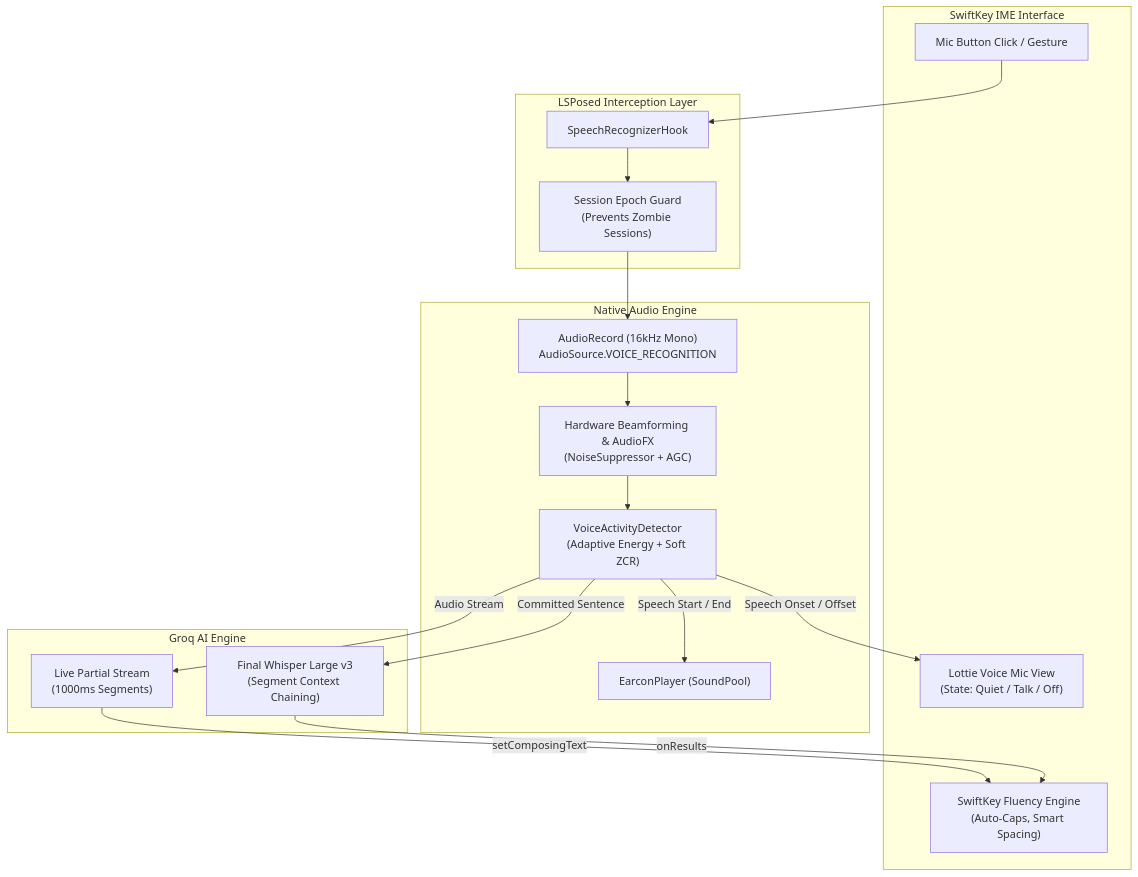
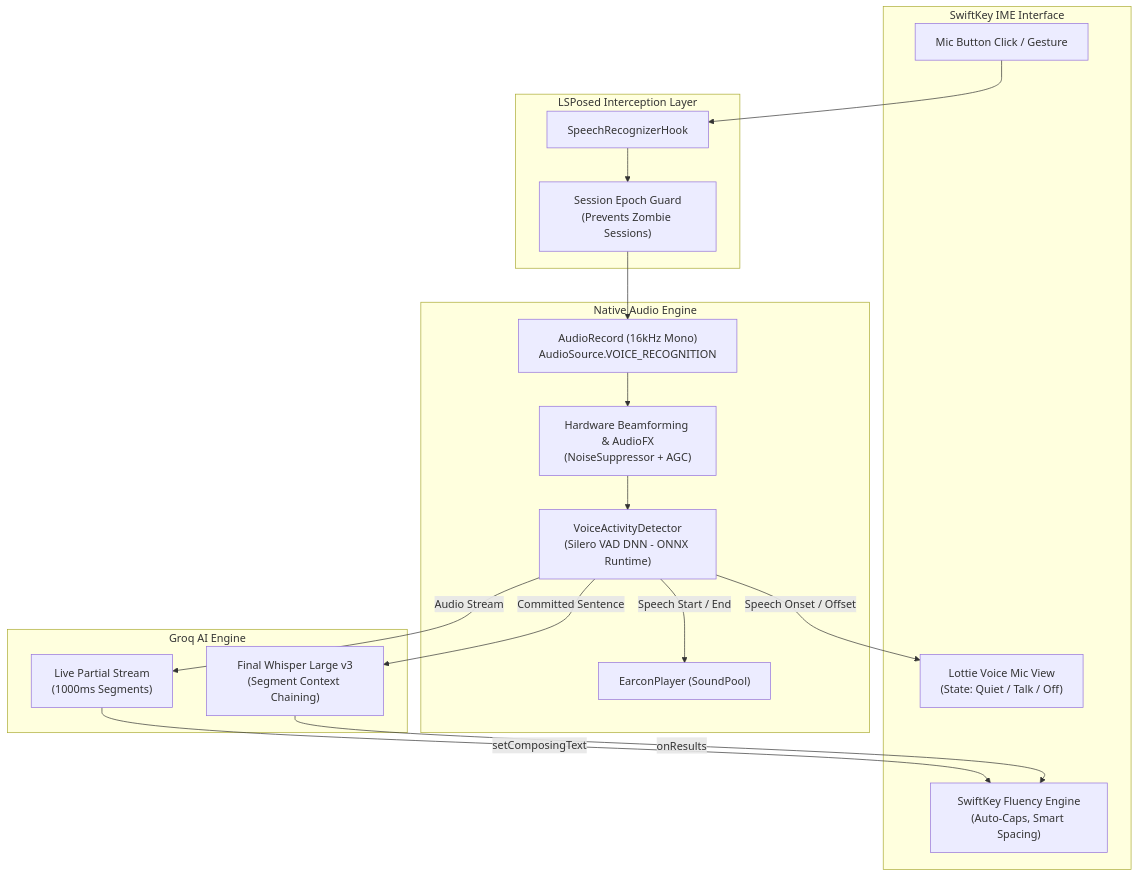
The diagram in README.md (MematiBas42/swiftkey-whisper), drawn with Mermaid before and after one commit. The commit also changed other lines of this file and 1 other file, not shown here.

````diff
--- a/README.md
+++ b/README.md
@@ -100,37 +100,37 @@
 ```mermaid
 flowchart TD
     subgraph UI ["SwiftKey IME Interface"]
         MicBtn["Mic Button Click / Gesture"]
         Lottie["Lottie Voice Mic View<br/>(State: Quiet / Talk / Off)"]
         Fluency["SwiftKey Fluency Engine<br/>(Auto-Caps, Smart Spacing)"]
     end
 
     subgraph Hook ["LSPosed Interception Layer"]
         SRH["SpeechRecognizerHook"]
         Epoch["Session Epoch Guard<br/>(Prevents Zombie Sessions)"]
     end
 
     subgraph AudioEngine ["Native Audio Engine"]
         AR["AudioRecord (16kHz Mono)<br/>AudioSource.VOICE_RECOGNITION"]
         DSP["Hardware Beamforming & AudioFX<br/>(NoiseSuppressor + AGC)"]
-        VAD["VoiceActivityDetector<br/>(Adaptive Energy + Soft ZCR)"]
+        VAD["VoiceActivityDetector<br/>(Silero VAD DNN - ONNX Runtime)"]
         Earcon["EarconPlayer (SoundPool)"]
     end
 
     subgraph Cloud ["Groq AI Engine"]
         WhisperPartial["Live Partial Stream<br/>(1000ms Segments)"]
         WhisperFinal["Final Whisper Large v3<br/>(Segment Context Chaining)"]
     end
 
     MicBtn --> SRH
     SRH --> Epoch
     Epoch --> AR
     AR --> DSP
     DSP --> VAD
     VAD -->|Speech Onset / Offset| Lottie
     VAD -->|Speech Start / End| Earcon
     VAD -->|Audio Stream| WhisperPartial
     VAD -->|Committed Sentence| WhisperFinal
     WhisperPartial -->|setComposingText| Fluency
     WhisperFinal -->|onResults| Fluency
 ```
````
